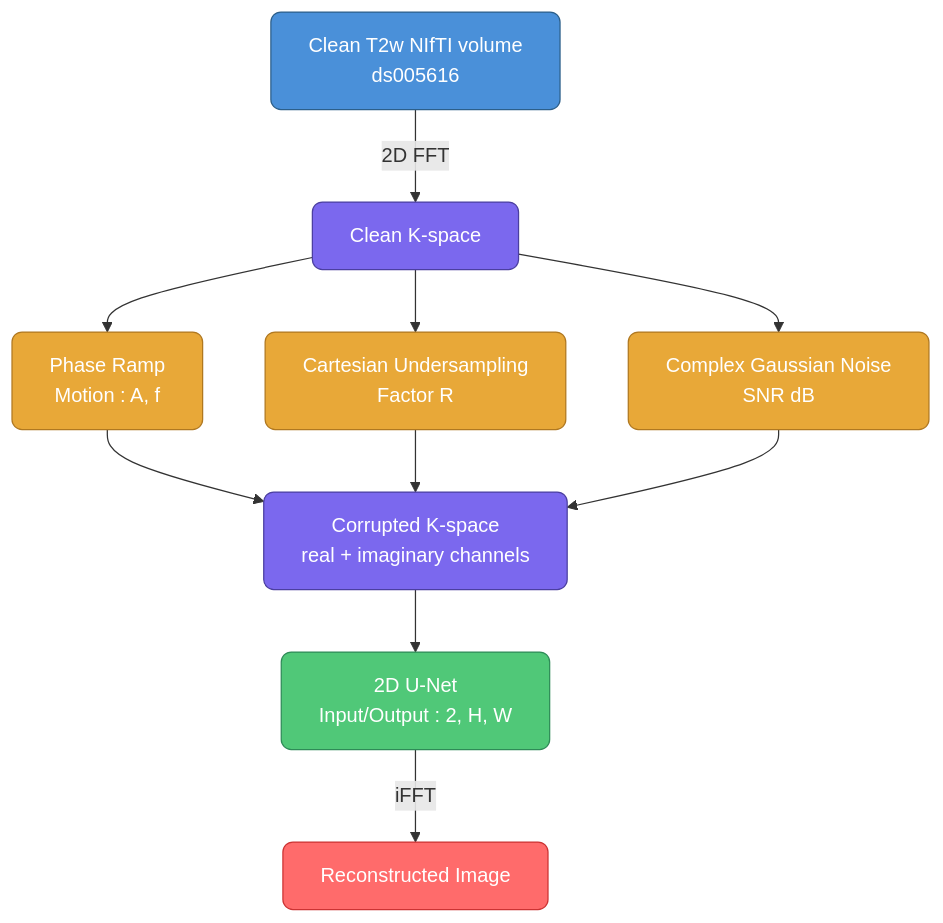
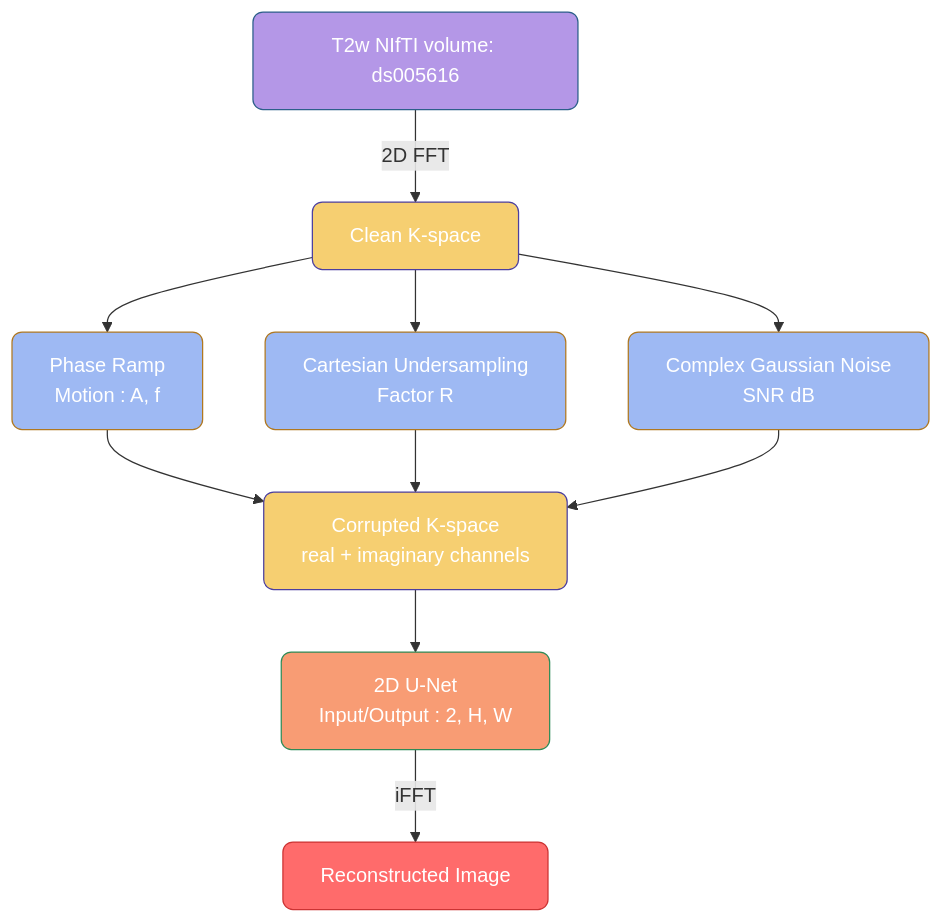
One commit to brainhack-school2026/Sarrazin_project changed the diagram in README.md. Above: the diagram before and after it, drawn with Mermaid. The commit also changed other lines of this file, not shown here.

````diff
--- a/README.md
+++ b/README.md
@@ -41,27 +30,27 @@
 ```mermaid
 flowchart TD
-    A[Clean T2w NIfTI volume\nds005616]:::input
+    A[T2w NIfTI volume: ds005616]:::input
     B[Clean K-space]:::kspace
     C[️Phase Ramp\nMotion : A, f]:::corrupt
     D[Cartesian Undersampling\nFactor R]:::corrupt
     E[Complex Gaussian Noise\nSNR dB]:::corrupt
     F[Corrupted K-space\nreal + imaginary channels]:::kspace
     G[2D U-Net\nInput/Output : 2, H, W]:::model
     H[Reconstructed Image]:::output
 
     A -->|2D FFT| B
     B --> C
     B --> D
     B --> E
     C --> F
     D --> F
     E --> F
     F --> G
     G -->|iFFT| H
 
-    classDef input    fill:#4A90D9,stroke:#2C5F8A,color:#fff,rx:8
-    classDef kspace   fill:#7B68EE,stroke:#4B3FA0,color:#fff,rx:8
-    classDef corrupt  fill:#E8A838,stroke:#B07820,color:#fff,rx:8
-    classDef model    fill:#50C878,stroke:#2E8B57,color:#fff,rx:8
+    classDef input    fill:#B497E7,stroke:#2C5F8A,color:#fff,rx:8
+    classDef kspace   fill:#F6CF71,stroke:#4B3FA0,color:#fff,rx:8
+    classDef corrupt  fill:#9EB9F3,stroke:#B07820,color:#fff,rx:8
+    classDef model    fill:#F89C74,stroke:#2E8B57,color:#fff,rx:8
     classDef output   fill:#FF6B6B,stroke:#CC3333,color:#fff,rx:8
 ```
````
